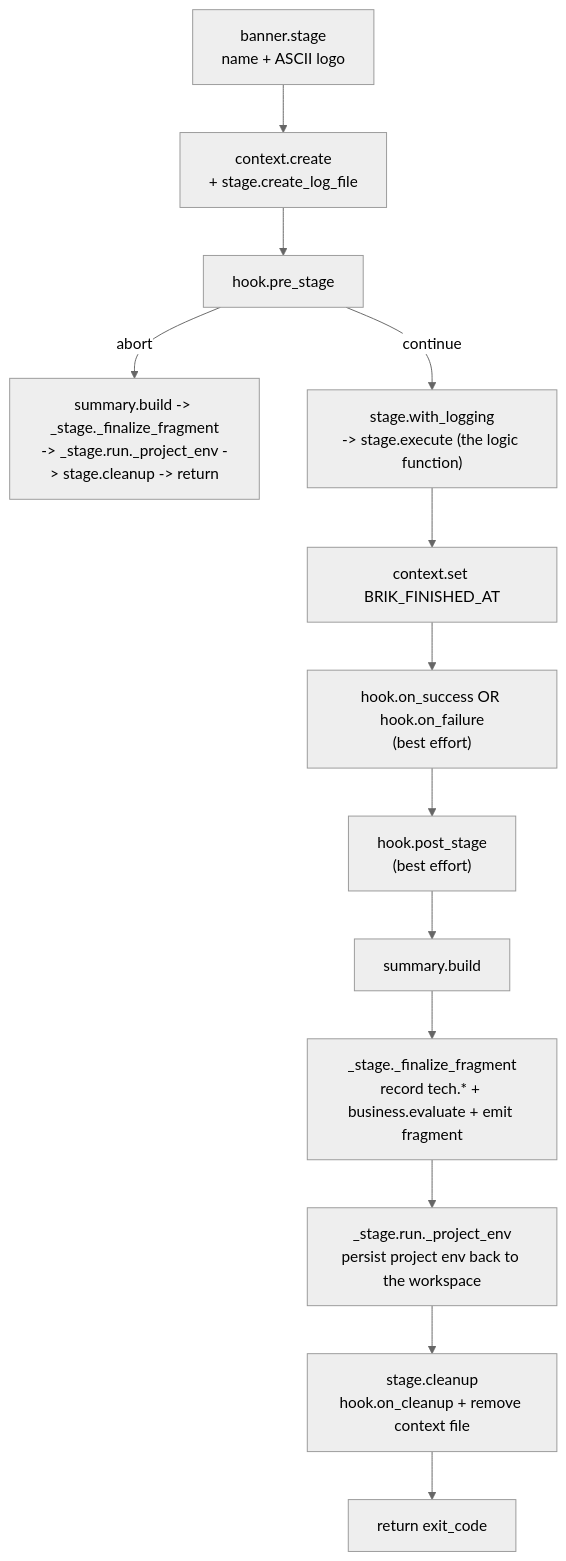
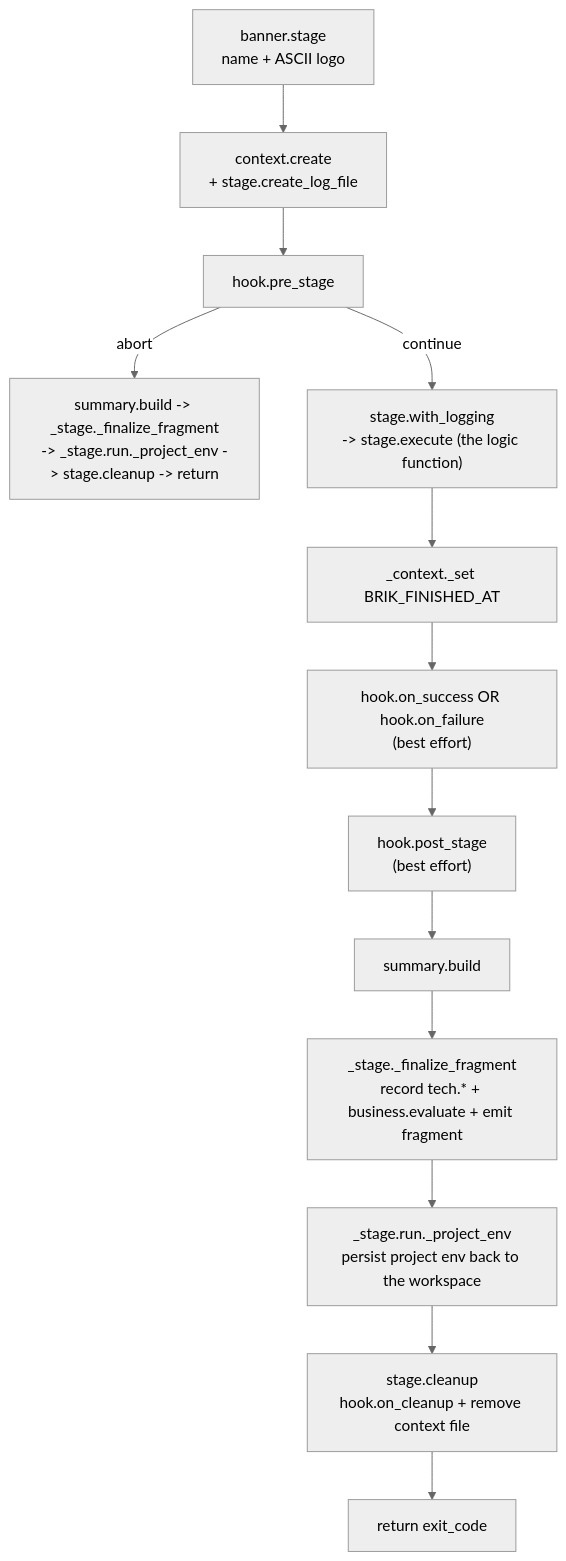
Before and after one commit to getbrik/brik: the diagram in docs/contributing/stage-lifecycle.md, drawn with Mermaid (neutral theme). The commit also changed 8 other files, not shown here.

First line of the commit message:
docs(contributing): correct factual drift against schema and code

````diff
--- a/docs/contributing/stage-lifecycle.md
+++ b/docs/contributing/stage-lifecycle.md
@@ -11,15 +11,15 @@
 ```mermaid
 flowchart TD
     A["banner.stage<br/>name + ASCII logo"] --> B["context.create<br/>+ stage.create_log_file"]
     B --> C["hook.pre_stage"]
     C -->|abort| Z["summary.build -> _stage._finalize_fragment<br/>-> _stage.run._project_env -> stage.cleanup -> return"]
     C -->|continue| D["stage.with_logging<br/>-> stage.execute (the logic function)"]
-    D --> E["context.set BRIK_FINISHED_AT"]
+    D --> E["_context._set BRIK_FINISHED_AT"]
     E --> F["hook.on_success OR hook.on_failure<br/>(best effort)"]
     F --> G["hook.post_stage<br/>(best effort)"]
     G --> H["summary.build"]
     H --> I["_stage._finalize_fragment<br/>record tech.* + business.evaluate + emit fragment"]
     I --> P["_stage.run._project_env<br/>persist project env back to the workspace"]
     P --> J["stage.cleanup<br/>hook.on_cleanup + remove context file"]
     J --> K["return exit_code"]
 ```
````
